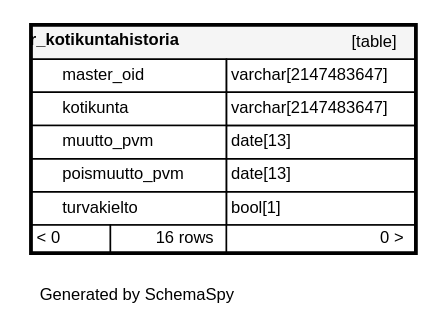
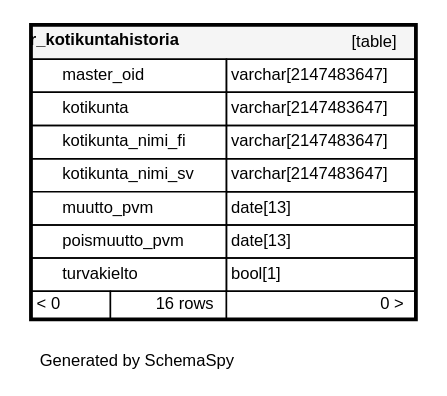
One commit to Opetushallitus/koski changed the diagram in documentation/tietokantaskeemat/koski-raportointikanta/diagrams/tables/r_kotikuntahistoria.1degree.dot. Above: the diagram before and after it, drawn with Graphviz. The commit also changed 91 other files, not shown here.

```diff
--- a/documentation/tietokantaskeemat/koski-raportointikanta/diagrams/tables/r_kotikuntahistoria.1degree.dot
+++ b/documentation/tietokantaskeemat/koski-raportointikanta/diagrams/tables/r_kotikuntahistoria.1degree.dot
@@ -1,18 +1,20 @@
 digraph "oneDegreeRelationshipsDiagram" {
   graph [    rankdir="RL"    bgcolor="#ffffff"    label="\nGenerated by SchemaSpy"    labeljust="l"    nodesep="0.18"    ranksep="0.46"    fontname="Helvetica"    fontsize="11"    ration="compress"  ];  node [    fontname="Helvetica"    fontsize="11"    shape="plaintext"  ];  edge [    arrowsize="0.8"  ];
   "r_kotikuntahistoria" [
    label=<
     <TABLE BORDER="2" CELLBORDER="1" CELLSPACING="0" BGCOLOR="#ffffff">
       <TR><TD COLSPAN="4"  BGCOLOR="#f5f5f5"><TABLE BORDER="0" CELLSPACING="0"><TR><TD ALIGN="LEFT" FIXEDSIZE="TRUE" WIDTH="108" HEIGHT="16"><B>r_kotikuntahistoria</B></TD><TD ALIGN="RIGHT">[table]</TD></TR></TABLE></TD></TR>
       <TR><TD PORT="master_oid" COLSPAN="2" BGCOLOR="#ffffff" ALIGN="LEFT"><TABLE BORDER="0" CELLSPACING="0" ALIGN="LEFT"><TR ALIGN="LEFT"><TD ALIGN="LEFT" FIXEDSIZE="TRUE" WIDTH="15" HEIGHT="16"></TD><TD ALIGN="LEFT" FIXEDSIZE="TRUE" WIDTH="108" HEIGHT="16">master_oid</TD></TR></TABLE></TD><TD PORT="master_oid.type" ALIGN="LEFT">varchar[2147483647]</TD></TR>
       <TR><TD PORT="kotikunta" COLSPAN="2" BGCOLOR="#ffffff" ALIGN="LEFT"><TABLE BORDER="0" CELLSPACING="0" ALIGN="LEFT"><TR ALIGN="LEFT"><TD ALIGN="LEFT" FIXEDSIZE="TRUE" WIDTH="15" HEIGHT="16"></TD><TD ALIGN="LEFT" FIXEDSIZE="TRUE" WIDTH="108" HEIGHT="16">kotikunta</TD></TR></TABLE></TD><TD PORT="kotikunta.type" ALIGN="LEFT">varchar[2147483647]</TD></TR>
+      <TR><TD PORT="kotikunta_nimi_fi" COLSPAN="2" ALIGN="LEFT"><TABLE BORDER="0" CELLSPACING="0" ALIGN="LEFT"><TR ALIGN="LEFT"><TD ALIGN="LEFT" FIXEDSIZE="TRUE" WIDTH="15" HEIGHT="16"></TD><TD ALIGN="LEFT" FIXEDSIZE="TRUE" WIDTH="108" HEIGHT="16">kotikunta_nimi_fi</TD></TR></TABLE></TD><TD PORT="kotikunta_nimi_fi.type" ALIGN="LEFT">varchar[2147483647]</TD></TR>
+      <TR><TD PORT="kotikunta_nimi_sv" COLSPAN="2" ALIGN="LEFT"><TABLE BORDER="0" CELLSPACING="0" ALIGN="LEFT"><TR ALIGN="LEFT"><TD ALIGN="LEFT" FIXEDSIZE="TRUE" WIDTH="15" HEIGHT="16"></TD><TD ALIGN="LEFT" FIXEDSIZE="TRUE" WIDTH="108" HEIGHT="16">kotikunta_nimi_sv</TD></TR></TABLE></TD><TD PORT="kotikunta_nimi_sv.type" ALIGN="LEFT">varchar[2147483647]</TD></TR>
       <TR><TD PORT="muutto_pvm" COLSPAN="2" BGCOLOR="#ffffff" ALIGN="LEFT"><TABLE BORDER="0" CELLSPACING="0" ALIGN="LEFT"><TR ALIGN="LEFT"><TD ALIGN="LEFT" FIXEDSIZE="TRUE" WIDTH="15" HEIGHT="16"></TD><TD ALIGN="LEFT" FIXEDSIZE="TRUE" WIDTH="108" HEIGHT="16">muutto_pvm</TD></TR></TABLE></TD><TD PORT="muutto_pvm.type" ALIGN="LEFT">date[13]</TD></TR>
       <TR><TD PORT="poismuutto_pvm" COLSPAN="2" ALIGN="LEFT"><TABLE BORDER="0" CELLSPACING="0" ALIGN="LEFT"><TR ALIGN="LEFT"><TD ALIGN="LEFT" FIXEDSIZE="TRUE" WIDTH="15" HEIGHT="16"></TD><TD ALIGN="LEFT" FIXEDSIZE="TRUE" WIDTH="108" HEIGHT="16">poismuutto_pvm</TD></TR></TABLE></TD><TD PORT="poismuutto_pvm.type" ALIGN="LEFT">date[13]</TD></TR>
       <TR><TD PORT="turvakielto" COLSPAN="2" ALIGN="LEFT"><TABLE BORDER="0" CELLSPACING="0" ALIGN="LEFT"><TR ALIGN="LEFT"><TD ALIGN="LEFT" FIXEDSIZE="TRUE" WIDTH="15" HEIGHT="16"></TD><TD ALIGN="LEFT" FIXEDSIZE="TRUE" WIDTH="108" HEIGHT="16">turvakielto</TD></TR></TABLE></TD><TD PORT="turvakielto.type" ALIGN="LEFT">bool[1]</TD></TR>
       <TR><TD ALIGN="LEFT" BGCOLOR="#ffffff">&lt; 0</TD><TD ALIGN="RIGHT" BGCOLOR="#ffffff">16 rows</TD><TD ALIGN="RIGHT" BGCOLOR="#ffffff">0 &gt;</TD></TR>
     </TABLE>>
     URL="../../tables/r_kotikuntahistoria.html"
     target="_top"
     tooltip="r_kotikuntahistoria"
   ];
 }
```
